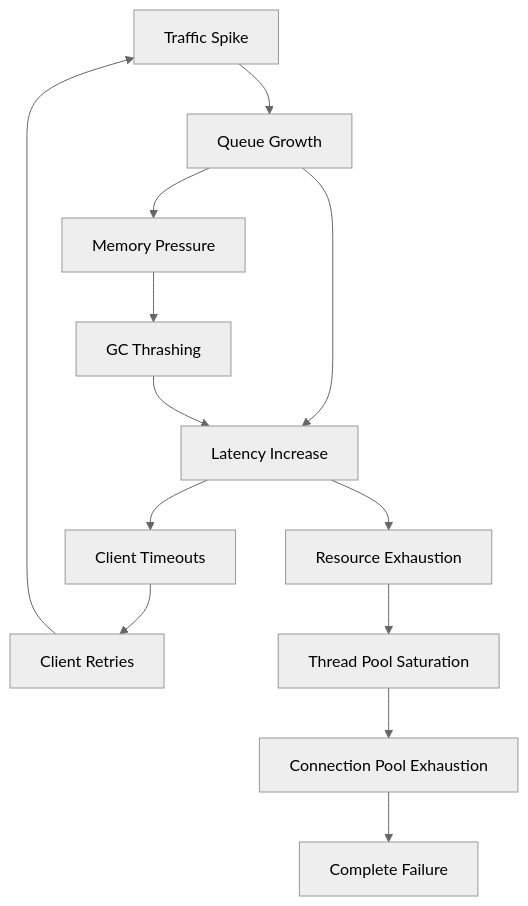
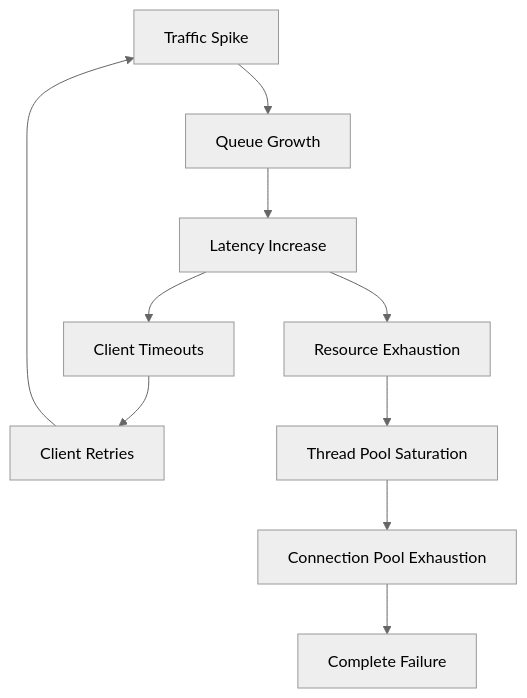
One commit to webstackdev/astro.webstackbuilders.com changed the first of 2 diagrams in src/content/articles/backpressure-load-shedding-admission-control-overload/index.mdx. Above: the diagram before and after it, drawn with Mermaid (neutral theme). The commit also changed other lines of this file and 4 other files, not shown here.

````diff
--- a/src/content/articles/backpressure-load-shedding-admission-control-overload/index.mdx
+++ b/src/content/articles/backpressure-load-shedding-admission-control-overload/index.mdx
@@ -40,17 +38,13 @@
 ```mermaid
 graph TD
     A[Traffic Spike] --> B[Queue Growth]
     B --> C[Latency Increase]
     C --> D[Client Timeouts]
     D --> E[Client Retries]
     E --> A
 
     C --> F[Resource Exhaustion]
     F --> G[Thread Pool Saturation]
     G --> H[Connection Pool Exhaustion]
     H --> I[Complete Failure]
-
-    B --> J[Memory Pressure]
-    J --> K[GC Thrashing]
-    K --> C
 ```
````
